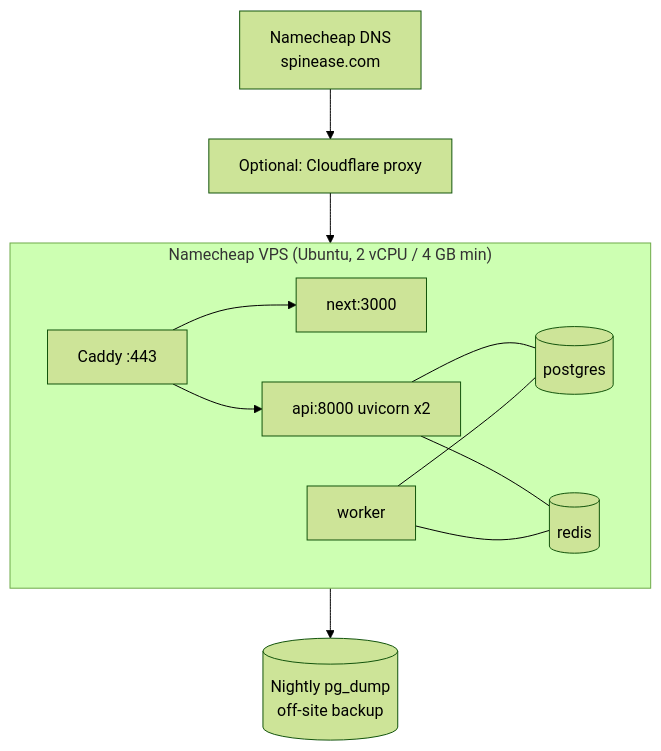
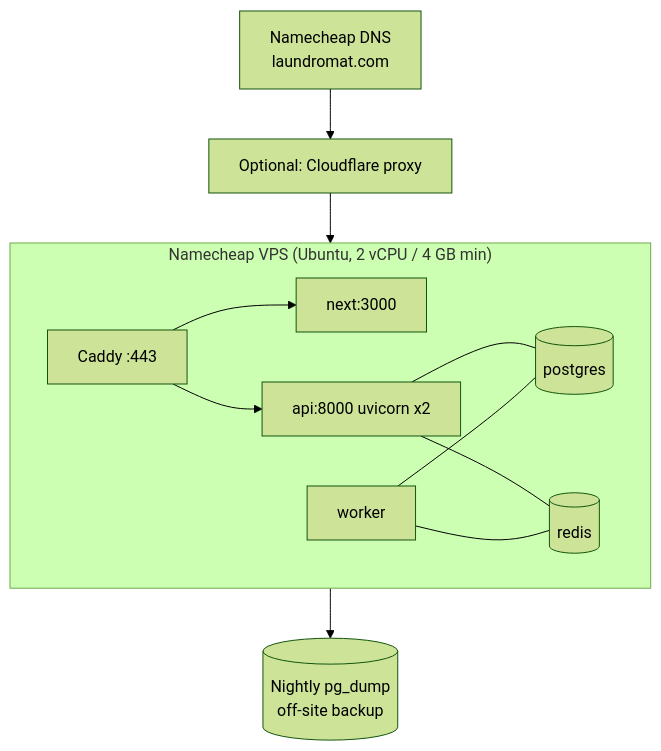
One commit to Farfesadee/laundromat changed the second of 6 diagrams in docs/ARCHITECTURE.md. Above: the diagram before and after it, drawn with Mermaid (forest theme). The commit also changed other lines of this file and 14 other files, not shown here.

Commit message:
Rebrand Spinease to LAUNDROMAT across docs, deploy config, and code defaults

````diff
--- a/docs/ARCHITECTURE.md
+++ b/docs/ARCHITECTURE.md
@@ -94,15 +94,15 @@
 ```mermaid
 flowchart TB
-  DNS[Namecheap DNS<br/>spinease.com] --> CF[Optional: Cloudflare proxy]
+  DNS[Namecheap DNS<br/>laundromat.com] --> CF[Optional: Cloudflare proxy]
   CF --> VPS
   subgraph VPS["Namecheap VPS (Ubuntu, 2 vCPU / 4 GB min)"]
     CD[Caddy :443]
     CD --> NX[next:3000]
     CD --> AP[api:8000 uvicorn x2]
     AP --- PG[(postgres)]
     AP --- RD[(redis)]
     WK[worker] --- PG
     WK --- RD
   end
   VPS --> BK[(Nightly pg_dump<br/>off-site backup)]
 ```
````
